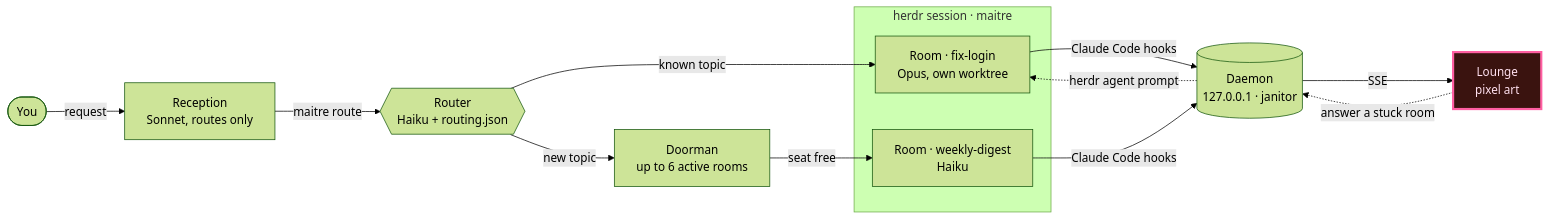
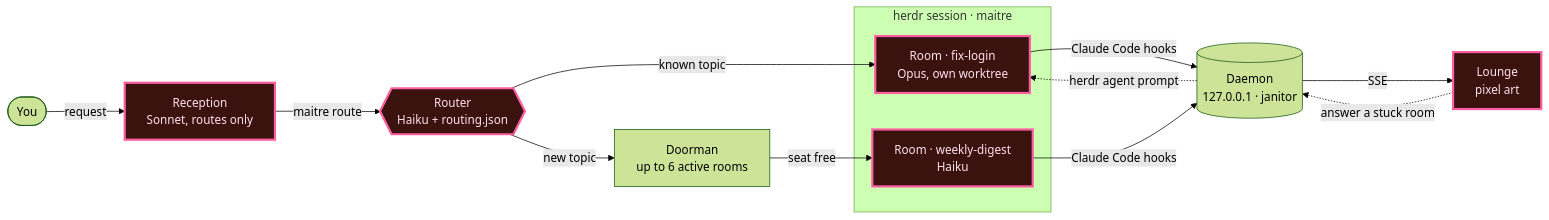
One commit to danielrdg/maitre changed the diagram in README.md. Above: the diagram before and after it, drawn with Mermaid (forest theme). The commit also changed other lines of this file and 41 other files, not shown here.

````diff
--- a/README.md
+++ b/README.md
@@ -139,18 +183,18 @@
 ```mermaid
 flowchart LR
   you(["You"]) -->|"request"| rec["Reception<br/>Sonnet, routes only"]
   rec -->|"maitre route"| router{{"Router<br/>Haiku + routing.json"}}
   router -->|"known topic"| roomA
   router -->|"new topic"| doorman["Doorman<br/>up to 6 active rooms"]
   doorman -->|"seat free"| roomB
   subgraph herdr["herdr session · maitre"]
     roomA["Room · fix-login<br/>Opus, own worktree"]
     roomB["Room · weekly-digest<br/>Haiku"]
   end
   roomA & roomB -->|"Claude Code hooks"| daemon[("Daemon<br/>127.0.0.1 · janitor")]
   daemon -->|"SSE"| lounge["Lounge<br/>pixel art"]
   lounge -.->|"answer a stuck room"| daemon
   daemon -.->|"herdr agent prompt"| roomA
   classDef now fill:#3a130f,stroke:#ff5fa2,stroke-width:3px,color:#ffe0ef
-  class lounge now
+  class rec,router,roomA,roomB,lounge now
 ```
````
